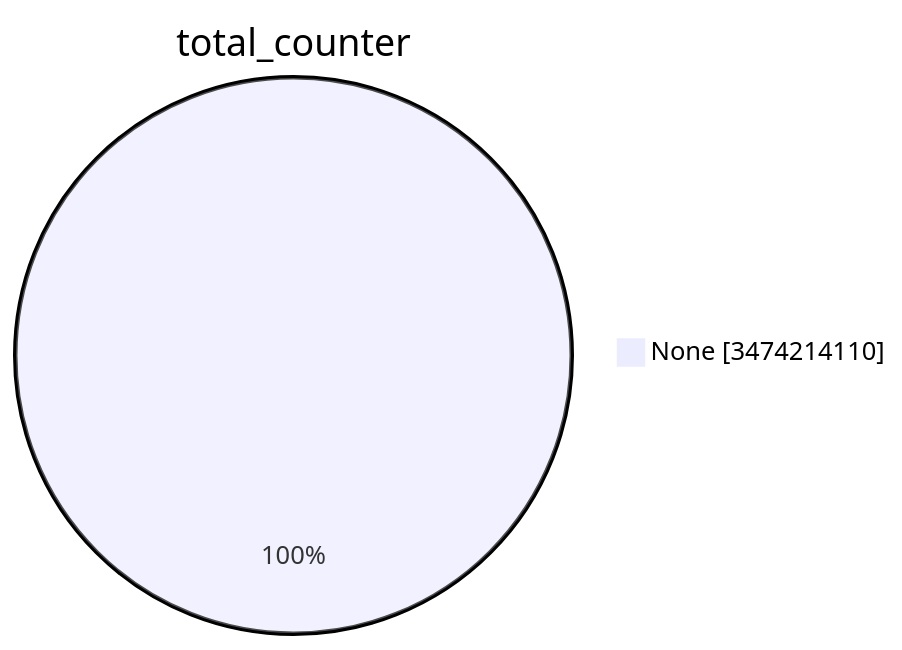
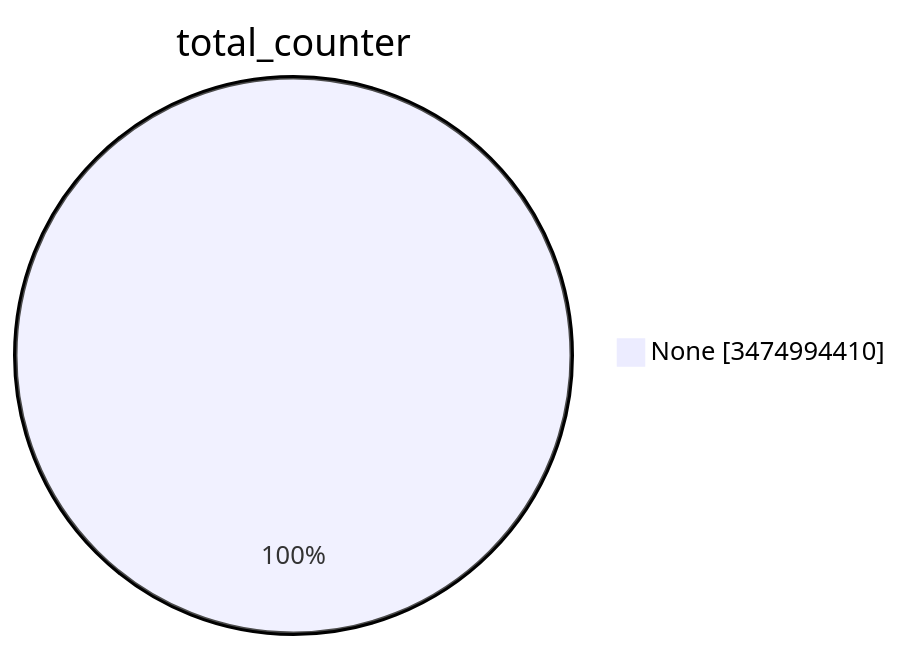
One commit to christiankrug/ctmonitor_visualization changed the first of 15 diagrams in TOTAL/README.md. Above: the diagram before and after it, drawn with Mermaid. The commit also changed other lines of this file, not shown here.

````diff
--- a/TOTAL/README.md
+++ b/TOTAL/README.md
@@ -1,5 +1,5 @@
 ```mermaid
 pie showData
 title total_counter
-"None" :3474214110
+"None" :3474994410
 ```
````
